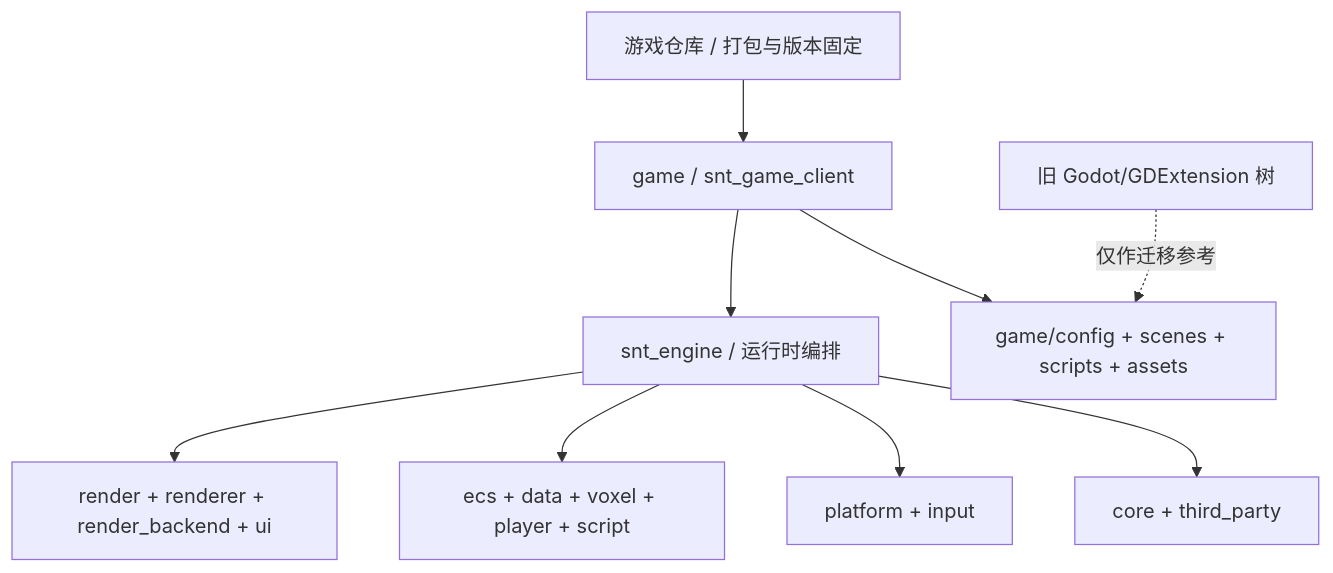
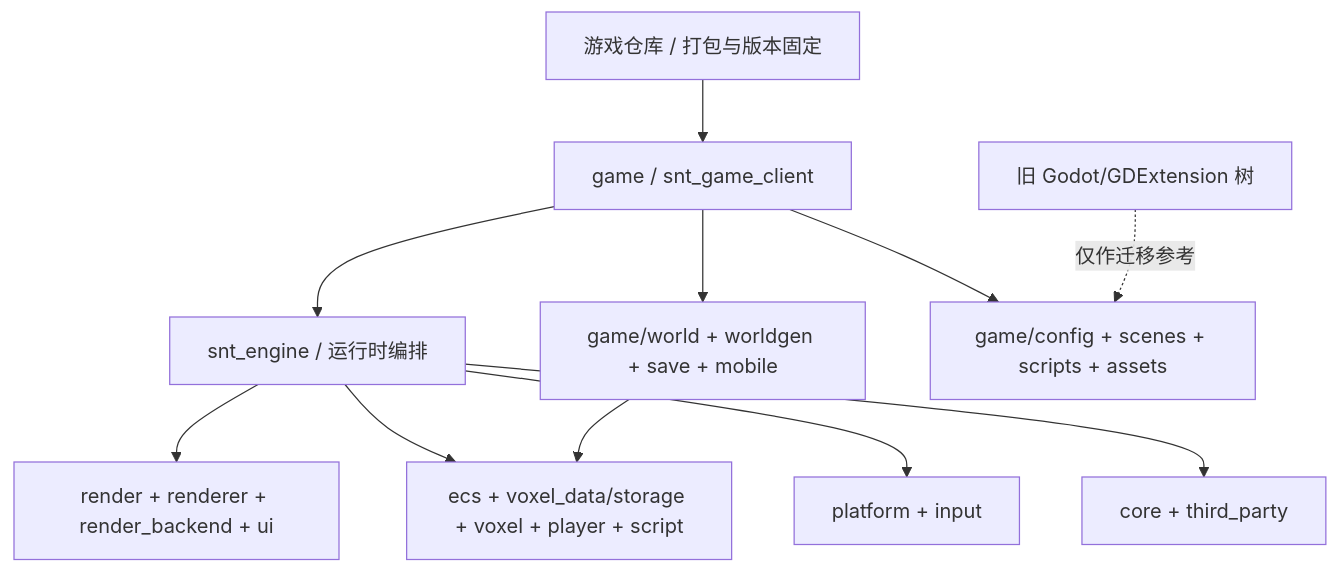
The diagram in docs/项目架构总览.md (yuanju-qwq/ScienceAndTheology), drawn with Mermaid before and after one commit. The commit also changed other lines of this file and 47 other files, not shown here.

First line of the commit message:
refactor(world): 将游戏世界数据与生成规则从引擎分离至 game/

````diff
--- a/docs/项目架构总览.md
+++ b/docs/项目架构总览.md
@@ -26,13 +30,15 @@
 ```mermaid
 flowchart TD
     Package["游戏仓库 / 打包与版本固定"] --> Host["game / snt_game_client"]
     Host --> Runtime["snt_engine / 运行时编排"]
+    Host --> GameWorld["game/world + worldgen + save + mobile"]
     Host --> Content["game/config + scenes + scripts + assets"]
 
     Runtime --> Presentation["render + renderer + render_backend + ui"]
-    Runtime --> Simulation["ecs + data + voxel + player + script"]
+    Runtime --> Simulation["ecs + voxel_data/storage + voxel + player + script"]
+    GameWorld --> Simulation
     Runtime --> Platform["platform + input"]
     Runtime --> Foundation["core + third_party"]
 
     Legacy["旧 Godot/GDExtension 树"] -. 仅作迁移参考 .-> Content
 ```
````
